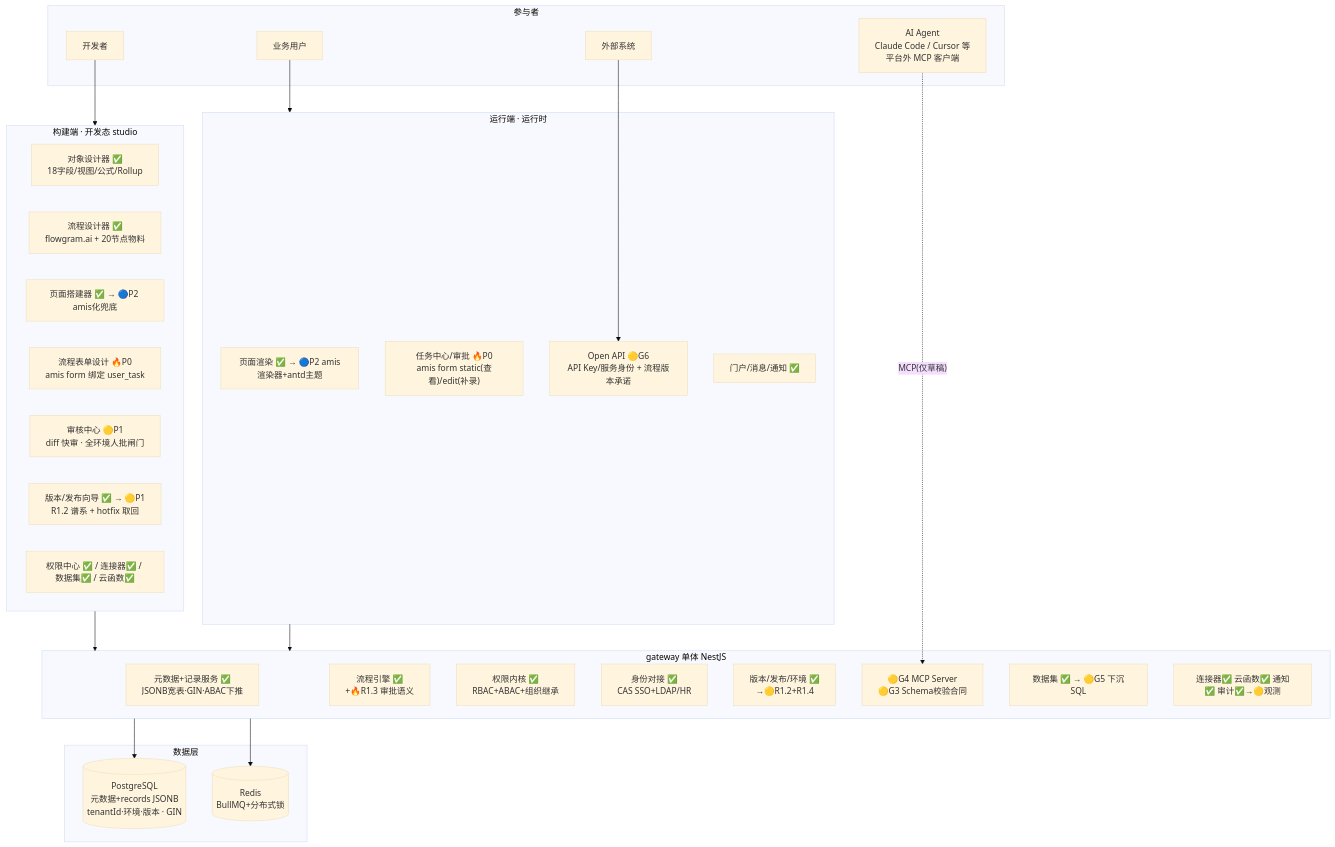
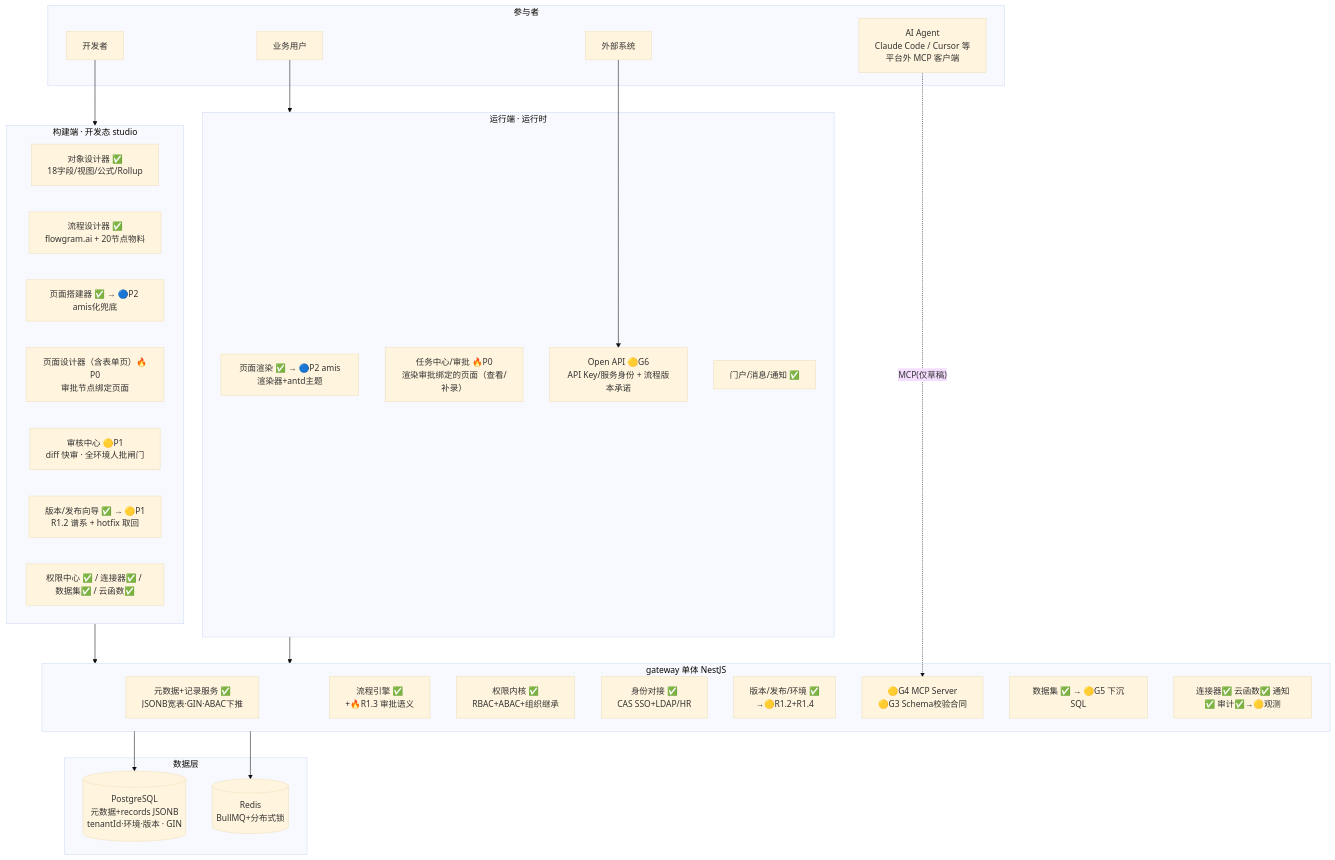
One commit to wengqi/apaas-platform changed the first of 2 diagrams in docs/architecture/ARCHITECTURE.md. Above: the diagram before and after it, drawn with Mermaid (base theme). The commit also changed other lines of this file and 4 other files, not shown here.

Commit message:
docs(docs): 统一界面概念——一切界面皆页面，审批节点绑定页面（可含表单），图例同步

````diff
--- a/docs/architecture/ARCHITECTURE.md
+++ b/docs/architecture/ARCHITECTURE.md
@@ -50,51 +50,51 @@
 ```mermaid
 flowchart TB
   subgraph Actors[参与者]
     DEV[开发者]
     BIZ[业务用户]
     EXT[外部系统]
     AI[AI Agent<br/>Claude Code / Cursor 等<br/>平台外 MCP 客户端]
   end
 
   subgraph Build[构建端 · 开发态 studio]
     OBJ["对象设计器 ✅<br/>18字段/视图/公式/Rollup"]
     FLW["流程设计器 ✅<br/>flowgram.ai + 20节点物料"]
     PB["页面搭建器 ✅ → 🔵P2 amis化兜底"]
-    FD["流程表单设计 🔥P0<br/>amis form 绑定 user_task"]
+    FD["页面设计器（含表单页）🔥P0<br/>审批节点绑定页面"]
     RV["审核中心 🟡P1<br/>diff 快审 · 全环境人批闸门"]
     VR["版本/发布向导 ✅ → 🟡P1<br/>R1.2 谱系 + hotfix 取回"]
     PM["权限中心 ✅ / 连接器✅ / 数据集✅ / 云函数✅"]
   end
 
   subgraph Run[运行端 · 运行时]
     RT["页面渲染 ✅ → 🔵P2 amis渲染器+antd主题"]
-    TK["任务中心/审批 🔥P0<br/>amis form static(查看)/edit(补录)"]
+    TK["任务中心/审批 🔥P0<br/>渲染审批绑定的页面（查看/补录）"]
     OA["Open API 🟡G6<br/>API Key/服务身份 + 流程版本承诺"]
     MSG["门户/消息/通知 ✅"]
   end
 
   subgraph GW[gateway 单体 NestJS]
     META["元数据+记录服务 ✅<br/>JSONB宽表·GIN·ABAC下推"]
     ENG["流程引擎 ✅<br/>+🔥R1.3 审批语义"]
     PERM["权限内核 ✅<br/>RBAC+ABAC+组织继承"]
     IDN["身份对接 ✅<br/>CAS SSO+LDAP/HR"]
     VER["版本/发布/环境 ✅<br/>→🟡R1.2+R1.4"]
     MCPP["🟡G4 MCP Server<br/>🟡G3 Schema校验合同"]
     DSE["数据集 ✅ → 🟡G5 下沉SQL"]
     OTH["连接器✅ 云函数✅ 通知✅ 审计✅→🟡观测"]
   end
 
   subgraph DS[数据层]
     PG[("PostgreSQL<br/>元数据+records JSONB<br/>tenantId·环境·版本 · GIN")]
     RD[("Redis<br/>BullMQ+分布式锁")]
   end
 
   DEV --> Build
   BIZ --> Run
   EXT --> OA
   AI -. "MCP(仅草稿)" .-> MCPP
   Build --> GW
   Run --> GW
   GW --> PG
   GW --> RD
 ```
````
